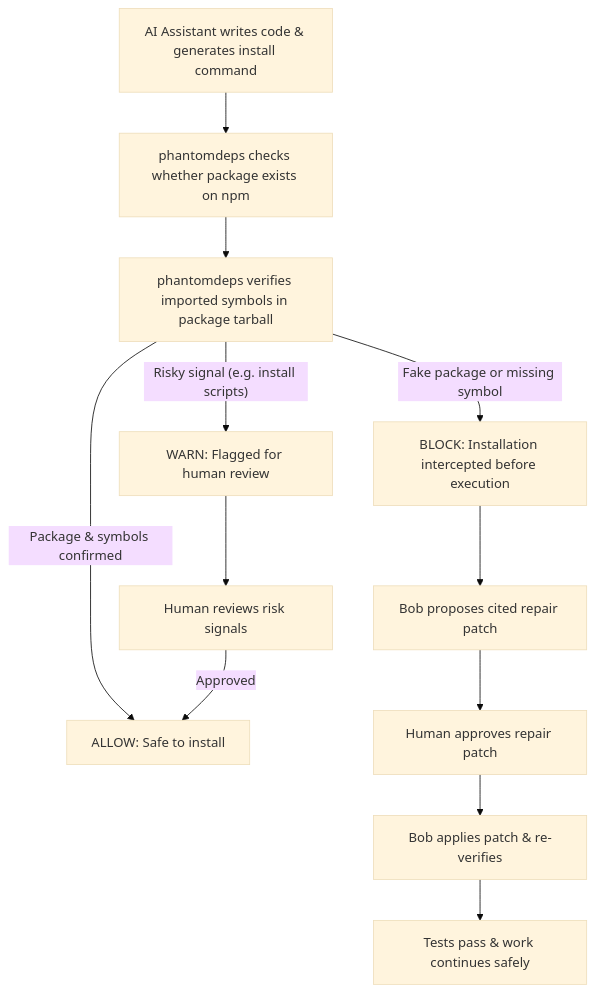
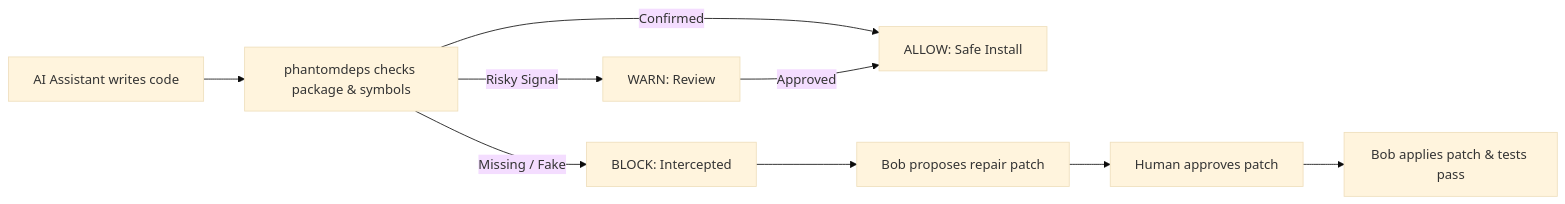
Before and after one commit to adishxm/phantomdeps: the first of 4 diagrams in README.md, drawn with Mermaid (base theme). The commit also changed other lines of this file, not shown here.

Commit message:
docs: redesign flowcharts to compact horizontal flowchart LR without custom colors

````diff
--- a/README.md
+++ b/README.md
@@ -69,17 +69,12 @@
 ```mermaid
-flowchart TD
-    A["AI Assistant writes code & generates install command"] --> B["phantomdeps checks whether package exists on npm"]
-    B --> C["phantomdeps verifies imported symbols in package tarball"]
+flowchart LR
+    A["AI Assistant writes code"] --> B["phantomdeps checks package & symbols"]
+    B -- "Missing / Fake" --> C["BLOCK: Intercepted"]
+    B -- "Risky Signal" --> D["WARN: Review"]
+    B -- "Confirmed" --> E["ALLOW: Safe Install"]
     
-    C -- "Fake package or missing symbol" --> D["BLOCK: Installation intercepted before execution"]
-    C -- "Risky signal (e.g. install scripts)" --> E["WARN: Flagged for human review"]
-    C -- "Package & symbols confirmed" --> F["ALLOW: Safe to install"]
-    
-    D --> G["Bob proposes cited repair patch"]
-    E --> H["Human reviews risk signals"]
-    G --> I["Human approves repair patch"]
-    
-    H -- "Approved" --> F
-    I --> J["Bob applies patch & re-verifies"]
-    J --> K["Tests pass & work continues safely"]
+    C --> F["Bob proposes repair patch"]
+    F --> G["Human approves patch"]
+    G --> H["Bob applies patch & tests pass"]
+    D -- "Approved" --> E
 ```
````
